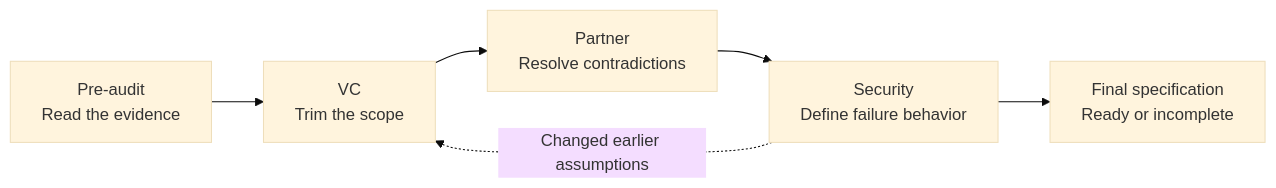
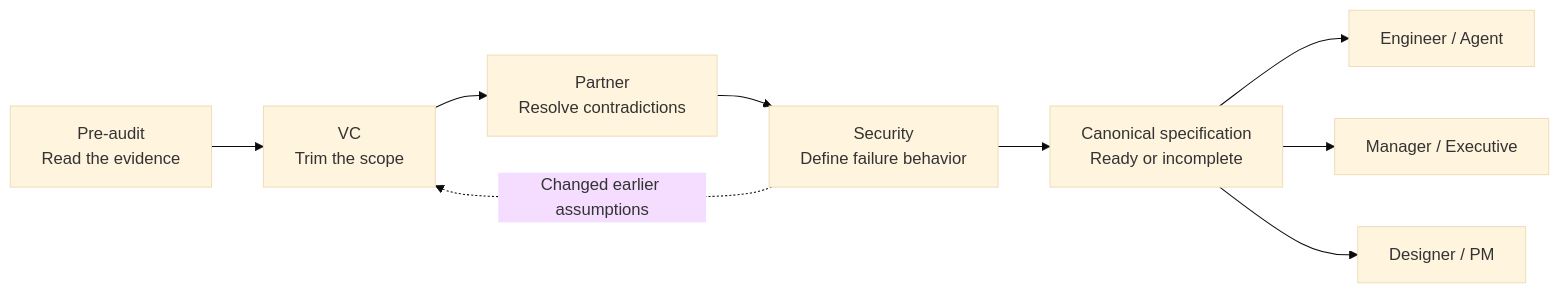
One commit to Malko-opensource/we-need-to-talk changed the diagram in README.md. Above: the diagram before and after it, drawn with Mermaid (base theme). The commit also changed other lines of this file and 32 other files, not shown here.

````diff
--- a/README.md
+++ b/README.md
@@ -230,8 +291,11 @@
 ```mermaid
 flowchart LR
     A["Pre-audit<br/>Read the evidence"] --> V["VC<br/>Trim the scope"]
     V --> P["Partner<br/>Resolve contradictions"]
     P --> S["Security<br/>Define failure behavior"]
-    S --> F["Final specification<br/>Ready or incomplete"]
+    S --> F["Canonical specification<br/>Ready or incomplete"]
+    F --> E["Engineer / Agent"]
+    F --> M["Manager / Executive"]
+    F --> D["Designer / PM"]
     S -. Changed earlier assumptions .-> V
 ```
````
